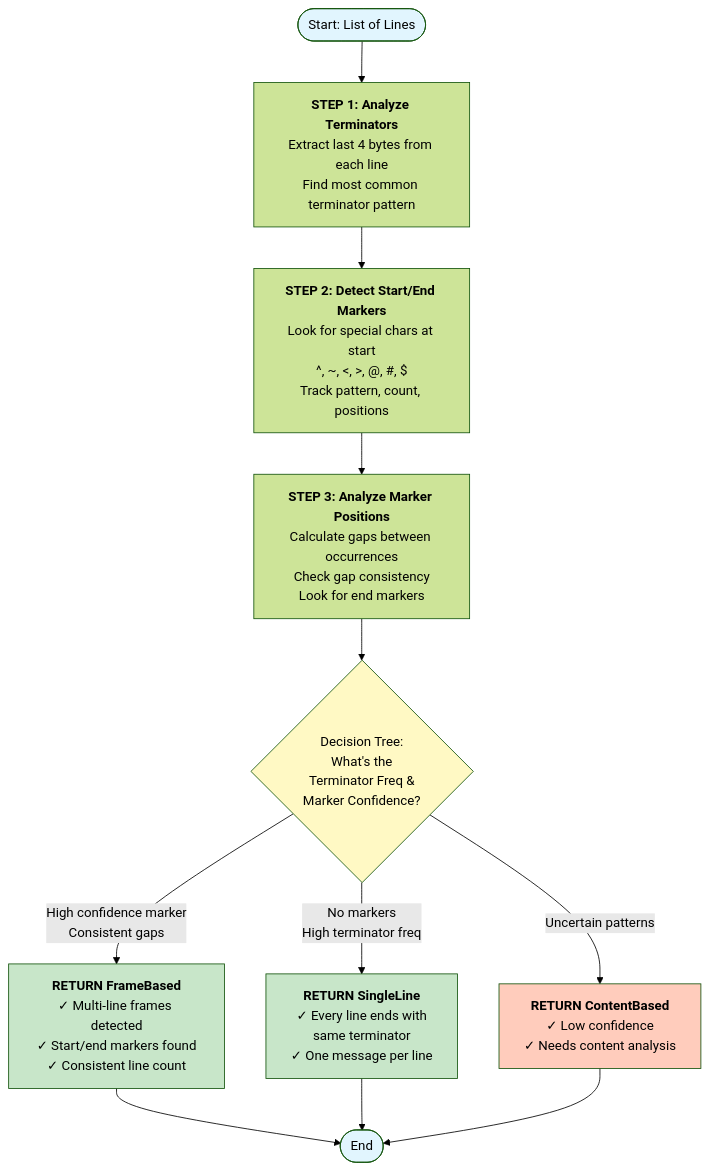
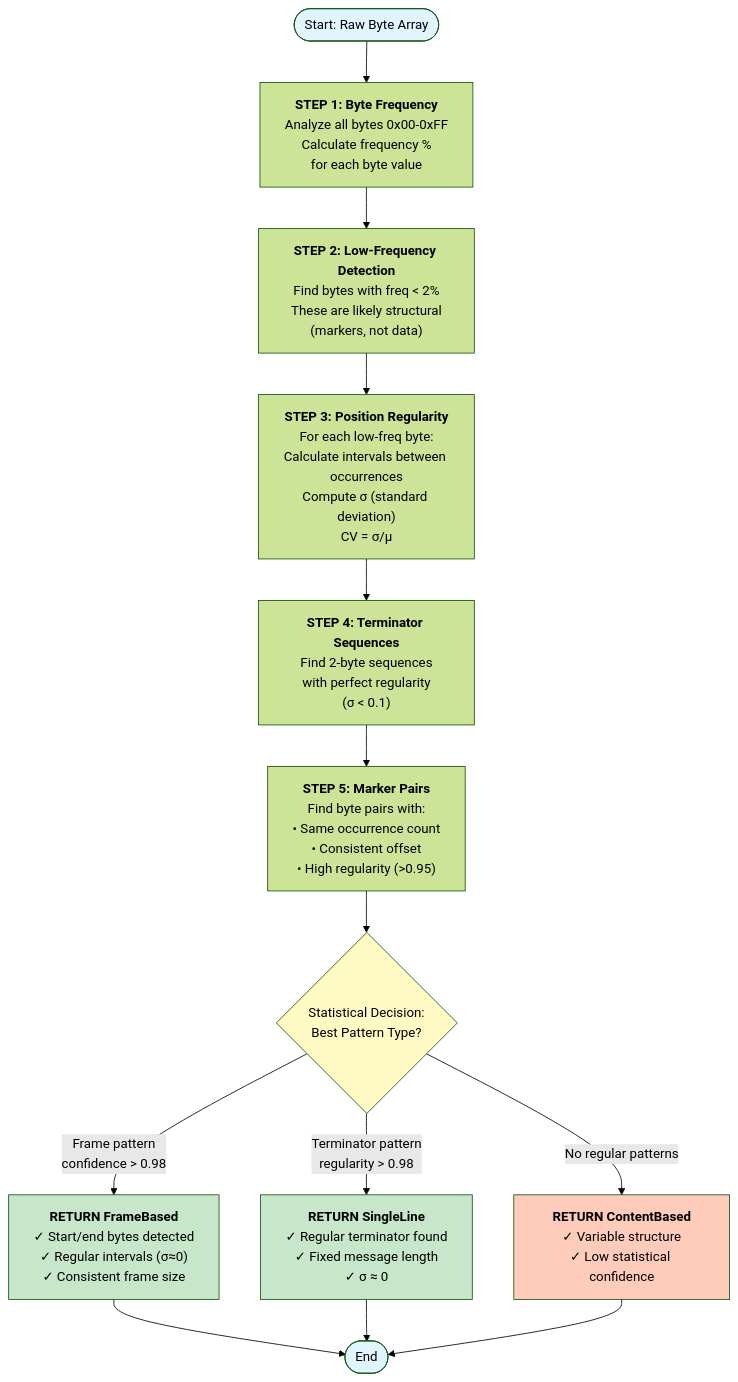
One commit to chumpon-asaneerat/NSerialCommTools changed the second of 8 diagrams in Documents/ModernDesign/03-Parsing-Strategy-Analysis.md. Above: the diagram before and after it, drawn with Mermaid (forest theme). The commit also changed other lines of this file and 1 other file, not shown here.

````diff
--- a/Documents/ModernDesign/03-Parsing-Strategy-Analysis.md
+++ b/Documents/ModernDesign/03-Parsing-Strategy-Analysis.md
@@ -282,27 +366,31 @@
 ```mermaid
 flowchart TD
-    Start([Start: List of Lines]) --> Step1["<b>STEP 1: Analyze Terminators</b><br/>Extract last 4 bytes from each line<br/>Find most common terminator pattern"]
+    Start([Start: Raw Byte Array]) --> Step1["<b>STEP 1: Byte Frequency</b><br/>Analyze all bytes 0x00-0xFF<br/>Calculate frequency %<br/>for each byte value"]
 
-    Step1 --> Step2["<b>STEP 2: Detect Start/End Markers</b><br/>Look for special chars at start<br/>^, ~, <, >, @, #, $<br/>Track pattern, count, positions"]
+    Step1 --> Step2["<b>STEP 2: Low-Frequency Detection</b><br/>Find bytes with freq < 2%<br/>These are likely structural<br/>(markers, not data)"]
 
-    Step2 --> Step3["<b>STEP 3: Analyze Marker Positions</b><br/>Calculate gaps between occurrences<br/>Check gap consistency<br/>Look for end markers"]
+    Step2 --> Step3["<b>STEP 3: Position Regularity</b><br/>For each low-freq byte:<br/>Calculate intervals between occurrences<br/>Compute σ (standard deviation)<br/>CV = σ/μ"]
 
-    Step3 --> Decide{"Decision Tree:<br/>What's the<br/>Terminator Freq & <br/>Marker Confidence?"}
+    Step3 --> Step4["<b>STEP 4: Terminator Sequences</b><br/>Find 2-byte sequences<br/>with perfect regularity<br/>(σ < 0.1)"]
 
-    Decide -->|High confidence marker<br/>Consistent gaps| Return1["<b>RETURN FrameBased</b><br/>✓ Multi-line frames detected<br/>✓ Start/end markers found<br/>✓ Consistent line count"]
+    Step4 --> Step5["<b>STEP 5: Marker Pairs</b><br/>Find byte pairs with:<br/>• Same occurrence count<br/>• Consistent offset<br/>• High regularity (>0.95)"]
 
-    Decide -->|No markers<br/>High terminator freq| Return2["<b>RETURN SingleLine</b><br/>✓ Every line ends with<br/>same terminator<br/>✓ One message per line"]
+    Step5 --> Decide{"Statistical Decision:<br/>Best Pattern Type?"}
 
-    Decide -->|Uncertain patterns| Return3["<b>RETURN ContentBased</b><br/>✓ Low confidence<br/>✓ Needs content analysis"]
+    Decide -->|Frame pattern<br/>confidence > 0.98| Return1["<b>RETURN FrameBased</b><br/>✓ Start/end bytes detected<br/>✓ Regular intervals (σ≈0)<br/>✓ Consistent frame size"]
+
+    Decide -->|Terminator pattern<br/>regularity > 0.98| Return2["<b>RETURN SingleLine</b><br/>✓ Regular terminator found<br/>✓ Fixed message length<br/>✓ σ ≈ 0"]
+
+    Decide -->|No regular patterns| Return3["<b>RETURN ContentBased</b><br/>✓ Variable structure<br/>✓ Low statistical confidence"]
 
     Return1 --> End([End])
     Return2 --> End
     Return3 --> End
 
     style Start fill:#E1F5FE
     style Decide fill:#FFF9C4
     style Return1 fill:#C8E6C9
     style Return2 fill:#C8E6C9
     style Return3 fill:#FFCCBC
     style End fill:#E1F5FE
 ```
````
